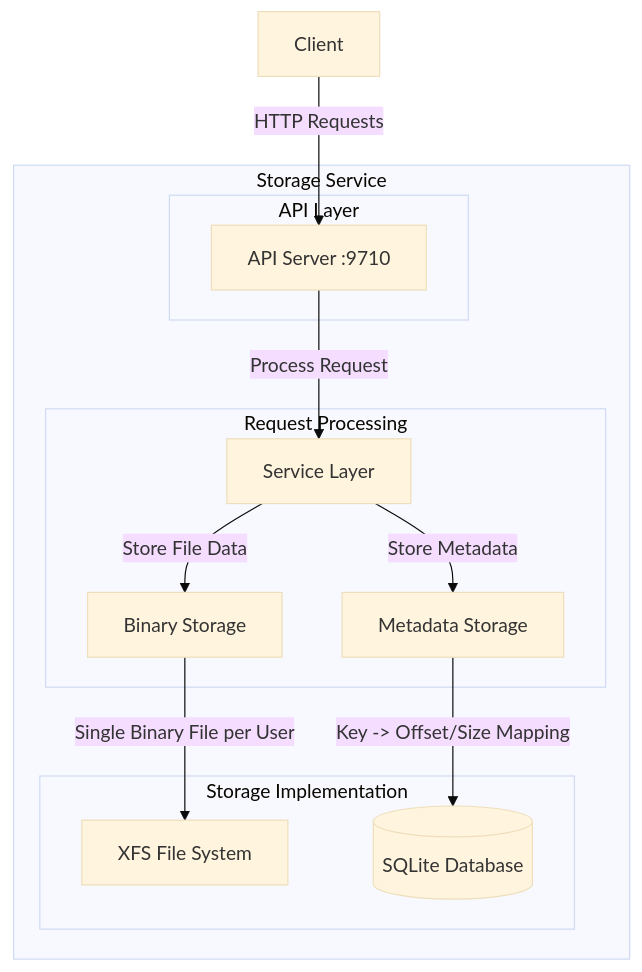
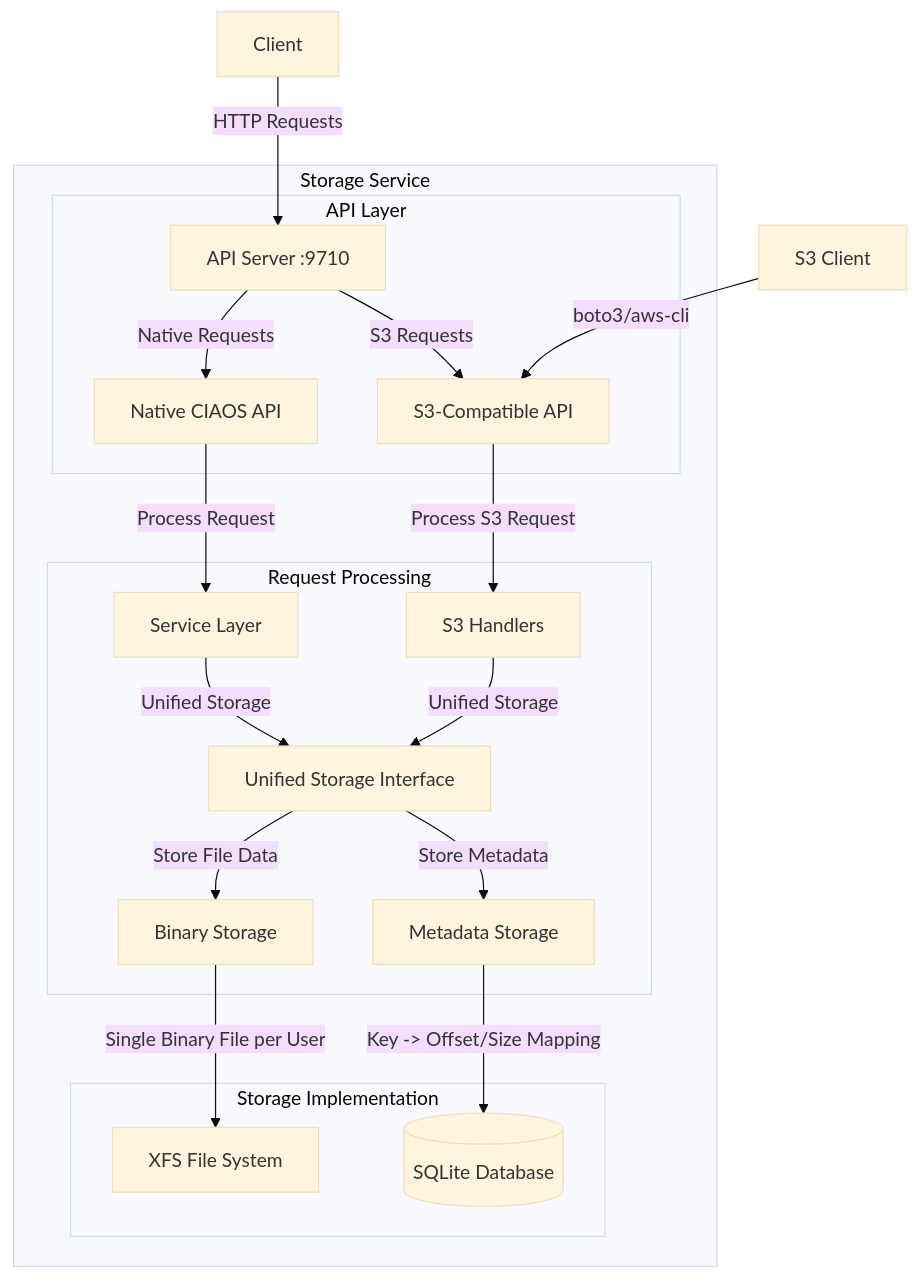
One commit to vitality-ai/warpdrive changed the diagram in docs/Technical-Architecture.md. Above: the diagram before and after it, drawn with Mermaid (base theme). The commit also changed other lines of this file and 28 other files, not shown here.

First line of the commit message:
Delete worker, Support for Multipart Upload and unified storage verification.

````diff
--- a/docs/Technical-Architecture.md
+++ b/docs/Technical-Architecture.md
@@ -10,27 +11,37 @@
 ```mermaid
 graph TD
     subgraph "Storage Service"
         subgraph "API Layer"
             API[API Server :9710]
+            NATIVE[Native CIAOS API]
+            S3API[S3-Compatible API]
         end
 
         subgraph "Request Processing"
             SVC[Service Layer]
+            S3HANDLER[S3 Handlers]
+            UNIFIED[Unified Storage Interface]
             BIN[Binary Storage]
             META[Metadata Storage]
         end
 
         subgraph "Storage Implementation"
             XFS[XFS File System]
             DB[(SQLite Database)]
         end
 
-        API -->|Process Request| SVC
-        SVC -->|Store File Data| BIN
-        SVC -->|Store Metadata| META
+        API -->|Native Requests| NATIVE
+        API -->|S3 Requests| S3API
+        NATIVE -->|Process Request| SVC
+        S3API -->|Process S3 Request| S3HANDLER
+        SVC -->|Unified Storage| UNIFIED
+        S3HANDLER -->|Unified Storage| UNIFIED
+        UNIFIED -->|Store File Data| BIN
+        UNIFIED -->|Store Metadata| META
         BIN -->|Single Binary File per User| XFS
         META -->|Key -> Offset/Size Mapping| DB
     end
 
     C[Client] -->|HTTP Requests| API
+    S3CLIENT[S3 Client] -->|boto3/aws-cli| S3API
 ```
````
